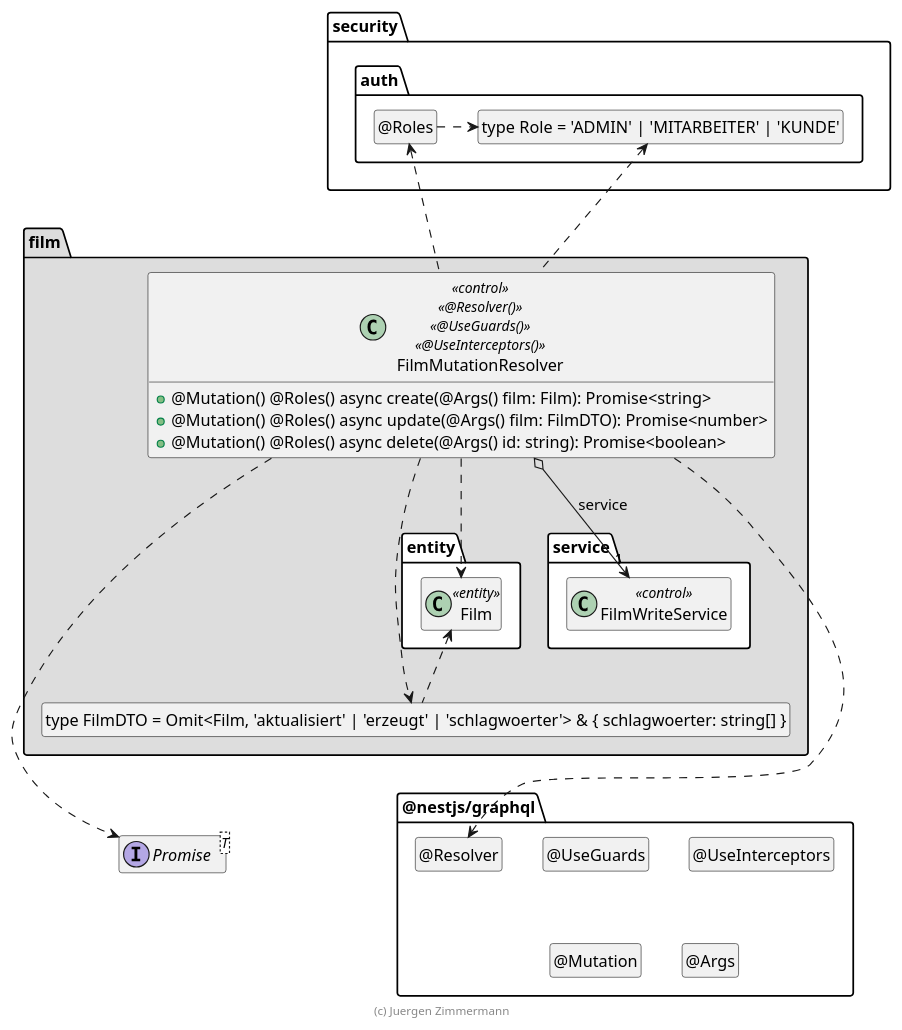
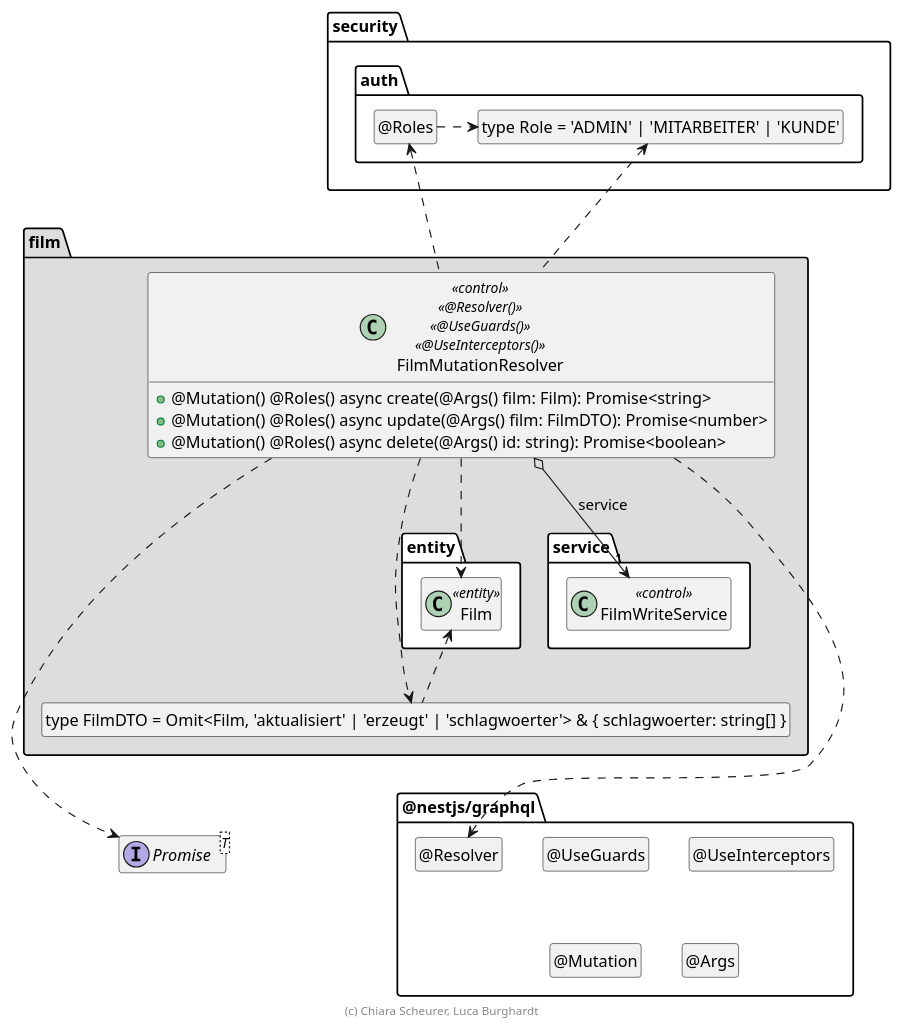
Before and after one commit to Yuszi/Film: the diagram in .extras/doc/entwicklerhandbuch/FilmMutationResolver.plantuml, drawn with PlantUML. The commit also changed 1 other file, not shown here.

Commit message:
PlantUML fixes

```diff
--- a/.extras/doc/entwicklerhandbuch/FilmMutationResolver.plantuml
+++ b/.extras/doc/entwicklerhandbuch/FilmMutationResolver.plantuml
@@ -18,69 +18,69 @@
 @startuml Controller-Klasse
 
 interface Promise<T>
 
 package @nestjs/graphql {
   class "@Resolver" as Resolver
   hide Resolver circle
 
   class "@UseGuards" as UseGuards
   hide UseGuards circle
 
   class "@UseInterceptors" as UseInterceptors
   hide UseInterceptors circle
 
   class "@Mutation" as Mutation
   hide Mutation circle
 
   class "@Args" as Args
   hide Args circle
 }
 
 package security.auth {
   class "type Role = 'ADMIN' | 'MITARBEITER' | 'KUNDE'" as Role
   hide Role circle
 
   class "@Roles" as Roles
   hide Roles circle
 
   Roles .right.> Role
 }
 
 package film #DDDDDD {
   package entity #FFFFFF {
     class Film <<entity>>
   }
 
   package service #FFFFFF {
     class FilmWriteService << control >>
   }
 
   class "type FilmDTO = Omit<Film, 'aktualisiert' | 'erzeugt' | 'schlagwoerter'> & { schlagwoerter: string[] }" as FilmDTO
   hide FilmDTO circle
 
   class FilmMutationResolver << control >> << @Resolver() >> << @UseGuards() >> << @UseInterceptors() >> {
     + @Mutation() @Roles() async create(@Args() film: Film): Promise<string>
     + @Mutation() @Roles() async update(@Args() film: FilmDTO): Promise<number>
     + @Mutation() @Roles() async delete(@Args() id: string): Promise<boolean>
   }
 
   FilmMutationResolver o-down-> "1" FilmWriteService : service
 
   FilmMutationResolver ..> Film
   FilmMutationResolver ..> FilmDTO
   FilmDTO .up.> Film
   FilmMutationResolver ..> Promise
   FilmMutationResolver ..> Resolver
 
   FilmMutationResolver .up.> Roles
   FilmMutationResolver .up.> Role
 
   FilmDTO .[hidden].> Promise
   FilmDTO .[hidden].> Resolver
 }
 
 hide empty members
 
-footer (c) Juergen Zimmermann
+footer (c) Chiara Scheurer, Luca Burghardt
 
 @enduml
```
